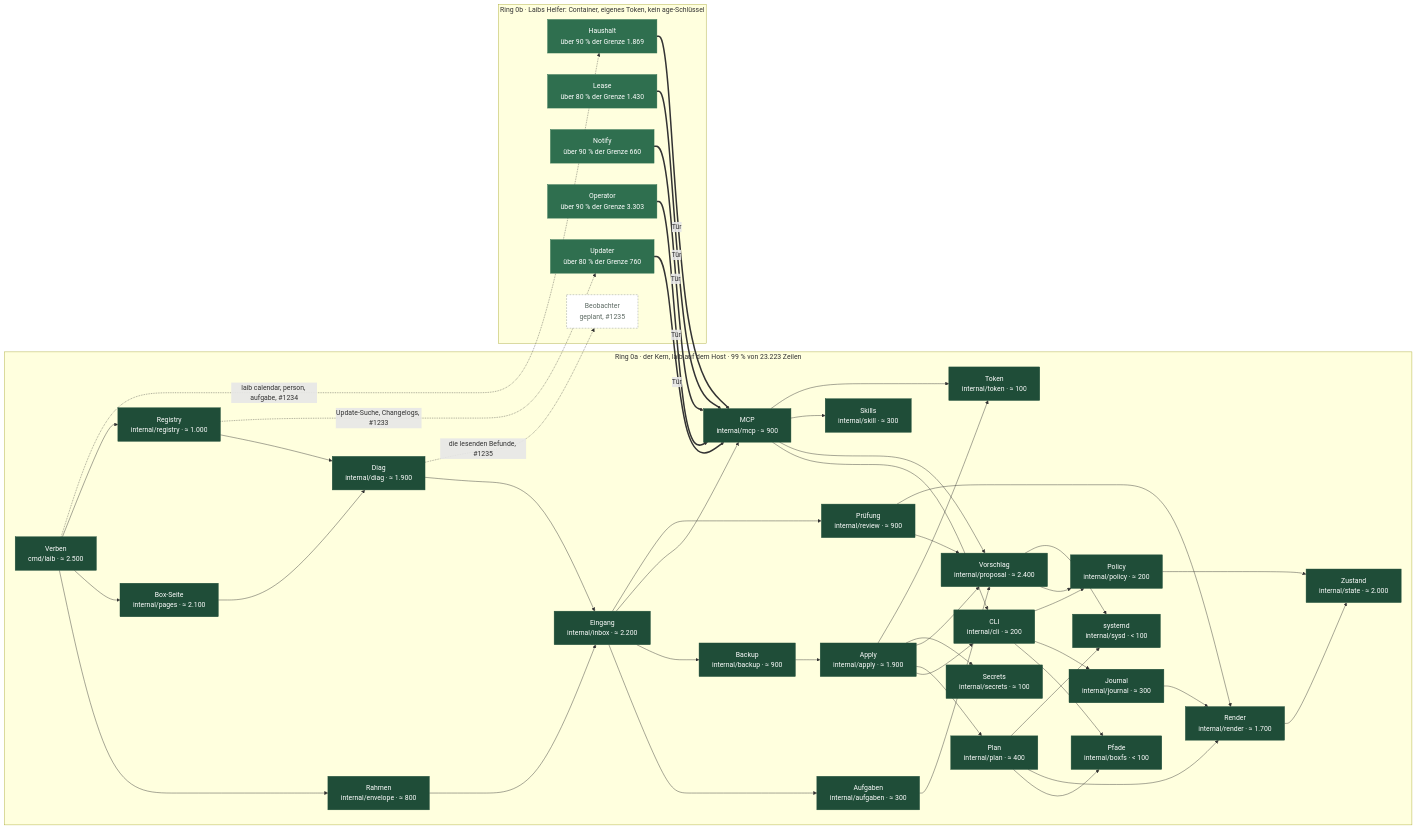
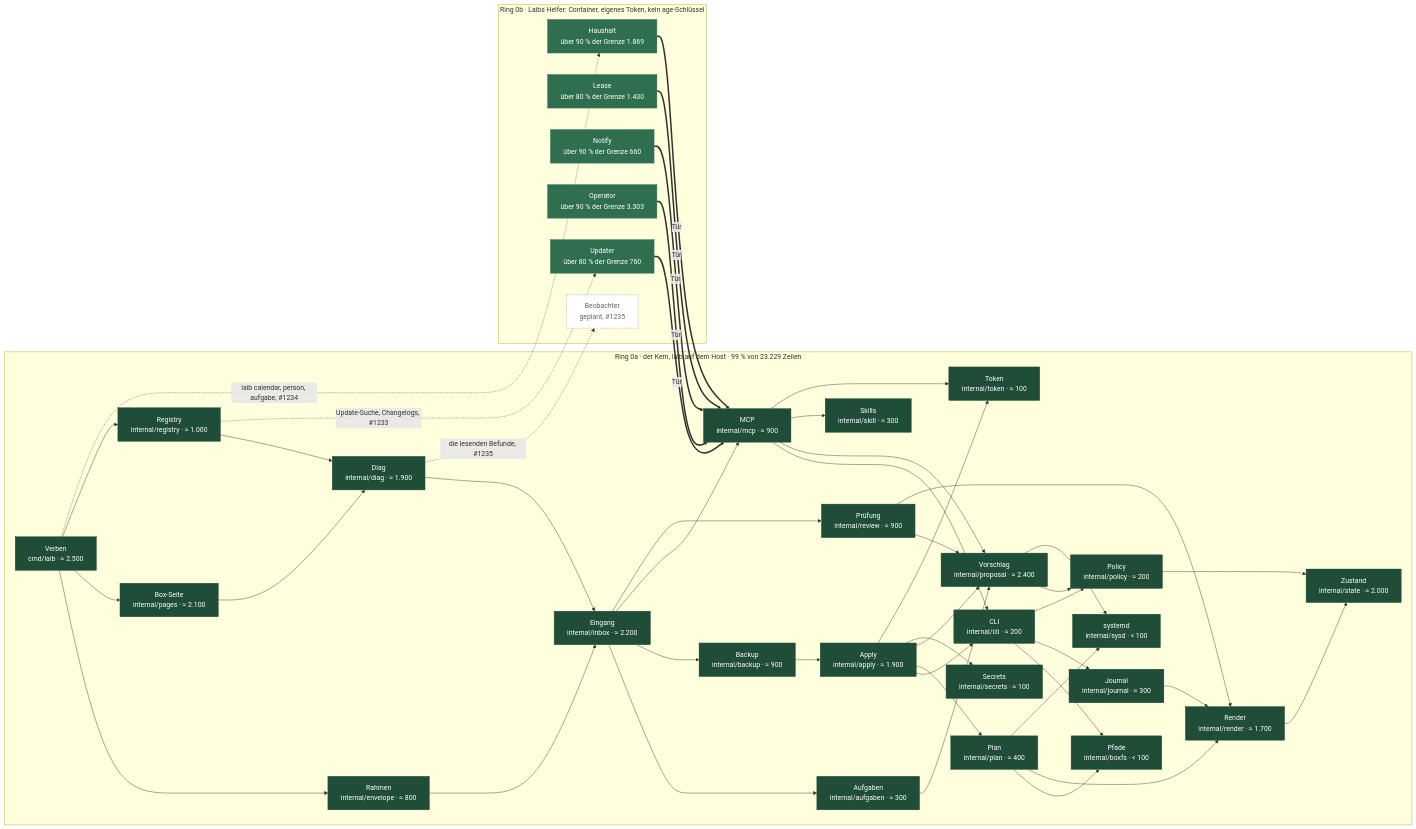
The fourth of 5 diagrams in docs/C4.md (mdopp/laib), drawn with Mermaid before and after one commit. The commit also changed 6 other files, not shown here.

```diff
--- a/docs/C4.md
+++ b/docs/C4.md
@@ -238,7 +238,7 @@
   classDef s1 fill:#e2efe7,stroke:#2f6f4f,color:#1c1f1d
   classDef s2 fill:#cfe3d6,stroke:#2f6f4f,color:#1c1f1d
   classDef plan fill:#fff,stroke:#8a918c,color:#5d6a63,stroke-dasharray:4 3
-  subgraph r0a["Ring 0a · der Kern, laib auf dem Host · 99 % von 23.223 Zeilen"]
+  subgraph r0a["Ring 0a · der Kern, laib auf dem Host · 99 % von 23.229 Zeilen"]
     k_cmd_laib["Verben<br/>cmd/laib · ≈ 2.500"]:::kern
     k_internal_apply["Apply<br/>internal/apply · ≈ 1.900"]:::kern
     k_internal_aufgaben["Aufgaben<br/>internal/aufgaben · ≈ 300"]:::kern
```
